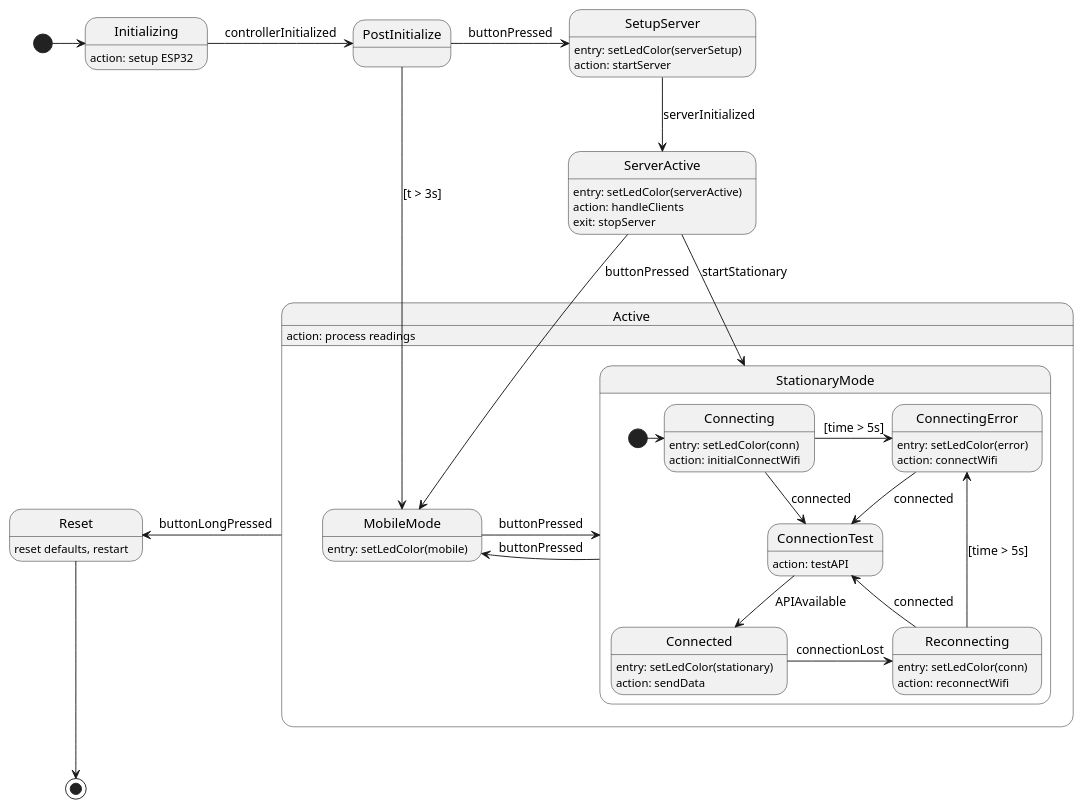
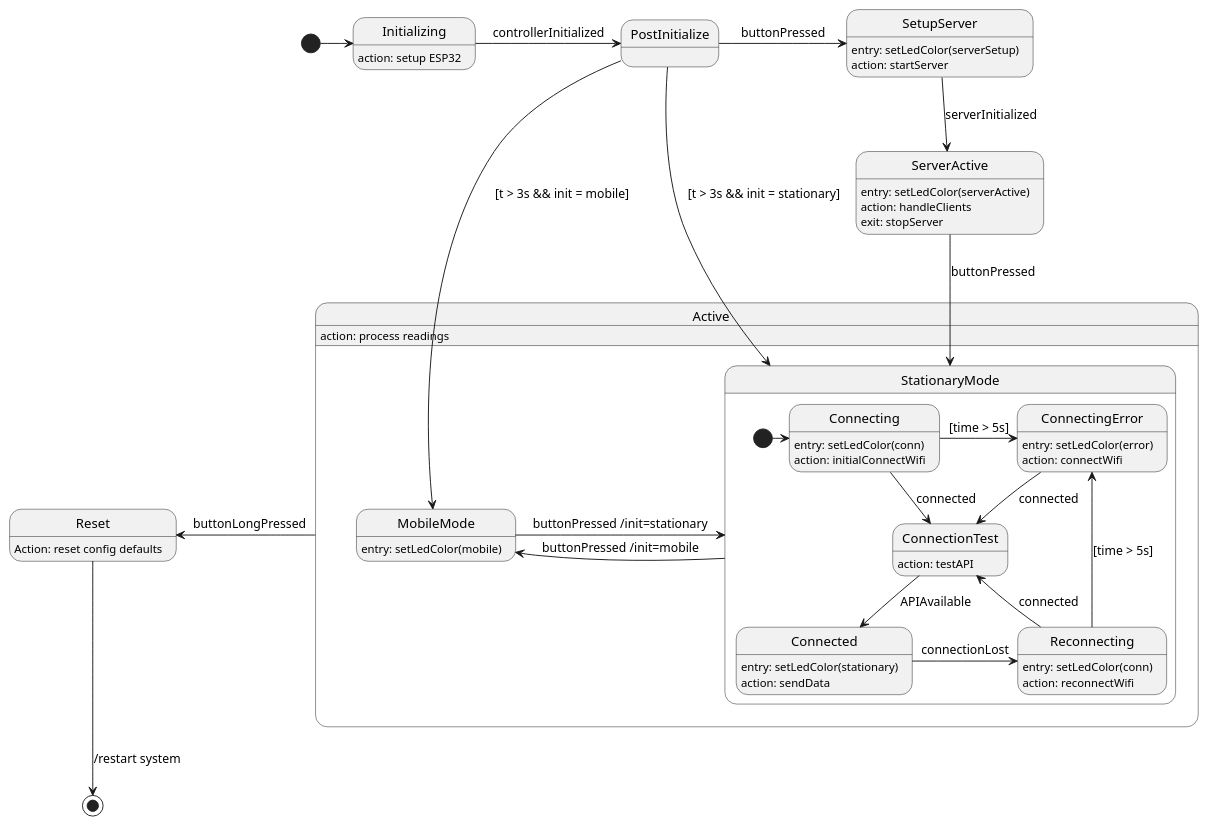
One commit to Safecast/bGeigieCast changed the diagram in designs/diagrams/esp-states.puml. Above: the diagram before and after it, drawn with PlantUML. The commit also changed 8 other files, not shown here.

Commit message:
save state in config for restart; update state machine; state will now go to stationary by default after the config state (AP server)

```diff
--- a/designs/diagrams/esp-states.puml
+++ b/designs/diagrams/esp-states.puml
@@ -1,72 +1,72 @@
 @startuml
 
 
 State Initializing
 Initializing: action: setup ESP32
 State PostInitialize
 
 state SetupServer
 SetupServer: entry: setLedColor(serverSetup)
 SetupServer: action: startServer
 state ServerActive
 ServerActive: entry: setLedColor(serverActive)
 ServerActive: action: handleClients
 ServerActive: exit: stopServer
 State Active
 Active: action: process readings
 State Reset
-Reset: reset defaults, restart
+Reset: Action: reset config defaults
 
 
 state Active {
     state StationaryMode
     state MobileMode
     MobileMode: entry: setLedColor(mobile)
 
     state StationaryMode {
         state Connecting
         Connecting: entry: setLedColor(conn)
         Connecting: action: initialConnectWifi
         state Reconnecting
         Reconnecting: entry: setLedColor(conn)
         Reconnecting: action: reconnectWifi
         state ConnectingError
         ConnectingError: entry: setLedColor(error)
         ConnectingError: action: connectWifi
         state ConnectionTest
         ConnectionTest: action: testAPI
         state Connected
         Connected: entry: setLedColor(stationary)
         Connected: action: sendData
 
         [*] -> Connecting
         Connecting -> ConnectionTest : connected
         Reconnecting -> ConnectionTest : connected
         ConnectionTest --> Connected : APIAvailable
         Connected -> Reconnecting: connectionLost
         Connecting -> ConnectingError : [time > 5s]
         Reconnecting -u-> ConnectingError : [time > 5s]
         ConnectingError -d-> ConnectionTest: connected
     }
 
 
-    MobileMode -r-> StationaryMode : buttonPressed
-    StationaryMode -l-> MobileMode : buttonPressed
+    MobileMode -r-> StationaryMode : buttonPressed /init=stationary
+    StationaryMode -l-> MobileMode : buttonPressed /init=mobile
 }
 
 
 [*] -> Initializing
 Initializing -> PostInitialize : controllerInitialized
 PostInitialize -> SetupServer : buttonPressed
-PostInitialize -d-> MobileMode : [t > 3s]
+PostInitialize -d-> MobileMode : [t > 3s && init = mobile]
+PostInitialize -d-> StationaryMode : [t > 3s && init = stationary]
 SetupServer -d-> ServerActive : serverInitialized
-ServerActive -d-> MobileMode : buttonPressed
-ServerActive -d-> StationaryMode : startStationary
+ServerActive -d-> StationaryMode : buttonPressed
 Active -l-> Reset : buttonLongPressed
-Reset -d-> [*]
+Reset -d-> [*] : /restart system
 
 
 ''' Layout
 MobileMode -[hidden]> StationaryMode
 
 @enduml
```
